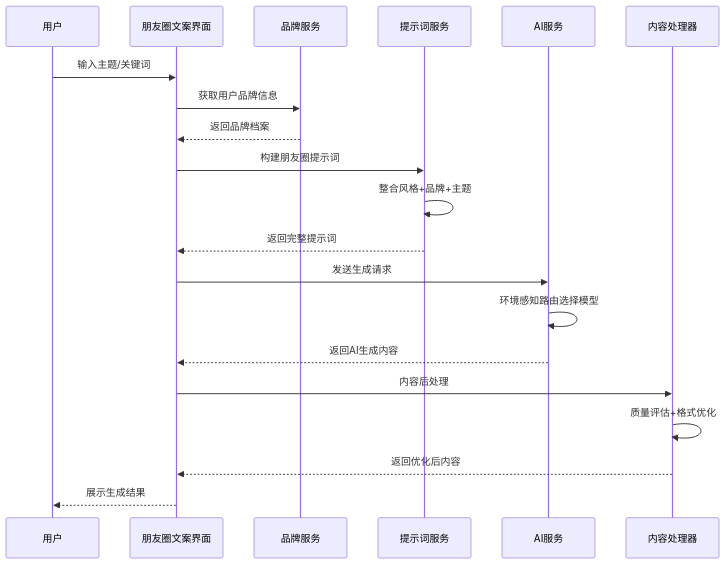
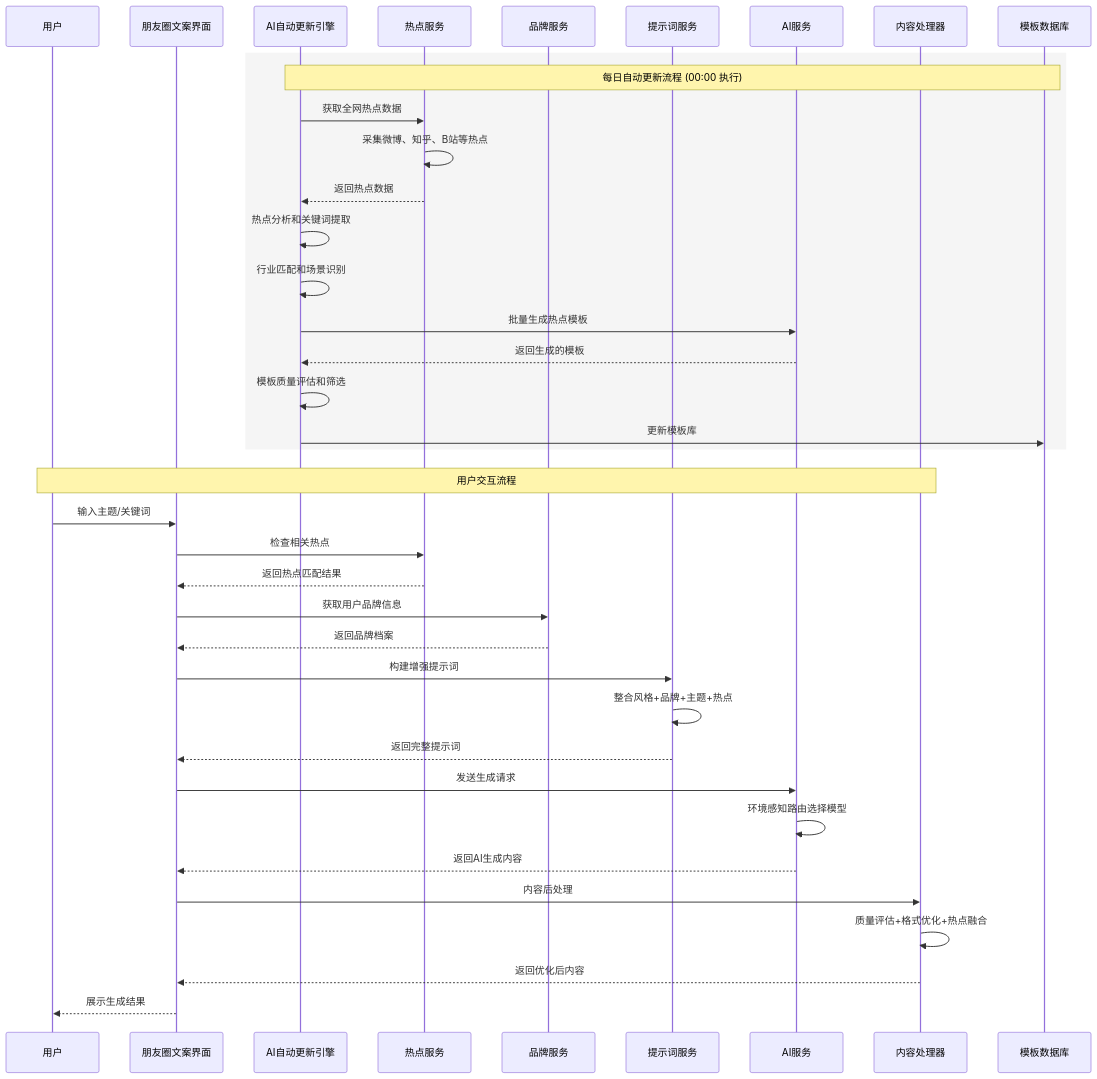
The second of 5 diagrams in .qoder/quests/unknown-task.md (xiongtingping/wenpai), drawn with Mermaid before and after one commit. The commit also changed other lines of this file and 1 other file, not shown here.

````diff
--- a/.qoder/quests/unknown-task.md
+++ b/.qoder/quests/unknown-task.md
@@ -98,23 +108,44 @@
 ```mermaid
 sequenceDiagram
     participant User as 用户
     participant UI as 朋友圈文案界面
+    participant AutoEngine as AI自动更新引擎
+    participant HotService as 热点服务
     participant BrandService as 品牌服务
     participant PromptService as 提示词服务
     participant AIService as AI服务
     participant ContentProcessor as 内容处理器
+    participant TemplateDB as 模板数据库
     
-    User->>UI: 输入主题/关键词
-    UI->>BrandService: 获取用户品牌信息
-    BrandService-->>UI: 返回品牌档案
-    UI->>PromptService: 构建朋友圈提示词
-    PromptService->>PromptService: 整合风格+品牌+主题
-    PromptService-->>UI: 返回完整提示词
-    UI->>AIService: 发送生成请求
-    AIService->>AIService: 环境感知路由选择模型
-    AIService-->>UI: 返回AI生成内容
-    UI->>ContentProcessor: 内容后处理
-    ContentProcessor->>ContentProcessor: 质量评估+格式优化
-    ContentProcessor-->>UI: 返回优化后内容
-    UI-->>User: 展示生成结果
+    rect rgb(245, 245, 245)
+        Note over AutoEngine, TemplateDB: 每日自动更新流程 (00:00 执行)
+        AutoEngine->>HotService: 获取全网热点数据
+        HotService->>HotService: 采集微博、知乎、B站等热点
+        HotService-->>AutoEngine: 返回热点数据
+        AutoEngine->>AutoEngine: 热点分析和关键词提取
+        AutoEngine->>AutoEngine: 行业匹配和场景识别
+        AutoEngine->>AIService: 批量生成热点模板
+        AIService-->>AutoEngine: 返回生成的模板
+        AutoEngine->>AutoEngine: 模板质量评估和筛选
+        AutoEngine->>TemplateDB: 更新模板库
+    end
+    
+    rect rgb(255, 255, 255)
+        Note over User, ContentProcessor: 用户交互流程
+        User->>UI: 输入主题/关键词
+        UI->>HotService: 检查相关热点
+        HotService-->>UI: 返回热点匹配结果
+        UI->>BrandService: 获取用户品牌信息
+        BrandService-->>UI: 返回品牌档案
+        UI->>PromptService: 构建增强提示词
+        PromptService->>PromptService: 整合风格+品牌+主题+热点
+        PromptService-->>UI: 返回完整提示词
+        UI->>AIService: 发送生成请求
+        AIService->>AIService: 环境感知路由选择模型
+        AIService-->>UI: 返回AI生成内容
+        UI->>ContentProcessor: 内容后处理
+        ContentProcessor->>ContentProcessor: 质量评估+格式优化+热点融合
+        ContentProcessor-->>UI: 返回优化后内容
+        UI-->>User: 展示生成结果
+    end
 ```
````
